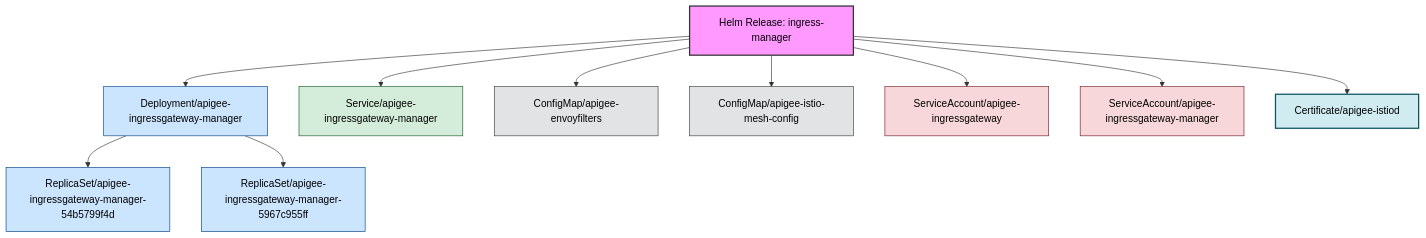
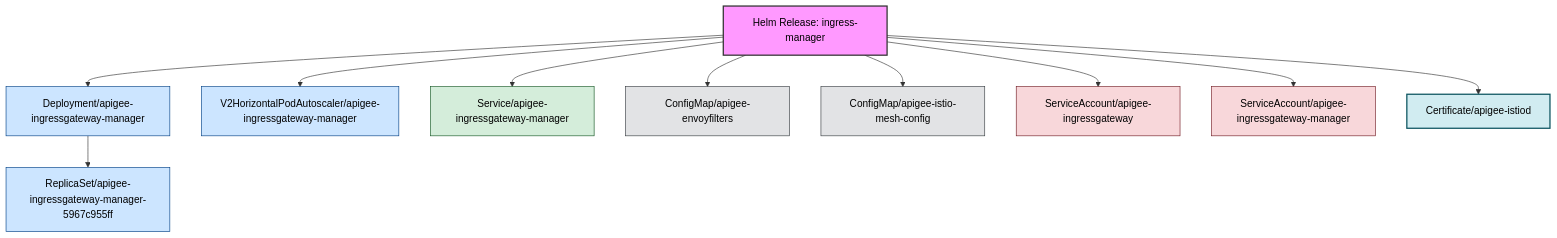
Before and after one commit to anaik91/apigee-hybrid-relationship-builder: the diagram in generated/apigee-ingress-manager-1.15.0-shallow-all.md, drawn with Mermaid. The commit also changed 51 other files, not shown here.

````diff
--- a/generated/apigee-ingress-manager-1.15.0-shallow-all.md
+++ b/generated/apigee-ingress-manager-1.15.0-shallow-all.md
@@ -11,44 +11,44 @@
 ```mermaid
 graph TD;
     classDef helm fill:#f9f,stroke:#333,stroke-width:2px,color:#000
     classDef workload fill:#cce5ff,stroke:#004085,stroke-width:1px,color:#000
     classDef network fill:#d4edda,stroke:#155724,stroke-width:1px,color:#000
     classDef config fill:#e2e3e5,stroke:#383d41,stroke-width:1px,color:#000
     classDef rbac fill:#f8d7da,stroke:#721c24,stroke-width:1px,color:#000
     classDef apigee_crd fill:#fff3cd,stroke:#856404,stroke-width:2px,color:#000
     classDef cert_manager_crd fill:#d1ecf1,stroke:#0c5460,stroke-width:2px,color:#000
     classDef webhook fill:#ddd,stroke:#333,stroke-width:2px,color:#000
     classDef default fill:#fff,stroke:#333,stroke-width:1px,color:#000
 
     Deploymentapigeeingressgatewaymanager["Deployment/apigee-ingressgateway-manager"]
-    ReplicaSetapigeeingressgatewaymanager54b5799f4d["ReplicaSet/apigee-ingressgateway-manager-54b5799f4d"]
     ReplicaSetapigeeingressgatewaymanager5967c955ff["ReplicaSet/apigee-ingressgateway-manager-5967c955ff"]
     HelmReleaseingressmanager["Helm Release: ingress-manager"]
+    V2HorizontalPodAutoscalerapigeeingressgatewaymanager["V2HorizontalPodAutoscaler/apigee-ingressgateway-manager"]
     Serviceapigeeingressgatewaymanager["Service/apigee-ingressgateway-manager"]
     ConfigMapapigeeenvoyfilters["ConfigMap/apigee-envoyfilters"]
     ConfigMapapigeeistiomeshconfig["ConfigMap/apigee-istio-mesh-config"]
     ServiceAccountapigeeingressgateway["ServiceAccount/apigee-ingressgateway"]
     ServiceAccountapigeeingressgatewaymanager["ServiceAccount/apigee-ingressgateway-manager"]
     Certificateapigeeistiod["Certificate/apigee-istiod"]
 
     class Deploymentapigeeingressgatewaymanager workload;
-    class ReplicaSetapigeeingressgatewaymanager54b5799f4d workload;
     class ReplicaSetapigeeingressgatewaymanager5967c955ff workload;
     class HelmReleaseingressmanager helm;
+    class V2HorizontalPodAutoscalerapigeeingressgatewaymanager workload;
     class Serviceapigeeingressgatewaymanager network;
     class ConfigMapapigeeenvoyfilters config;
     class ConfigMapapigeeistiomeshconfig config;
     class ServiceAccountapigeeingressgateway rbac;
     class ServiceAccountapigeeingressgatewaymanager rbac;
     class Certificateapigeeistiod cert_manager_crd;
 
-    Deploymentapigeeingressgatewaymanager --> ReplicaSetapigeeingressgatewaymanager54b5799f4d
     Deploymentapigeeingressgatewaymanager --> ReplicaSetapigeeingressgatewaymanager5967c955ff
     HelmReleaseingressmanager --> Deploymentapigeeingressgatewaymanager
+    HelmReleaseingressmanager --> V2HorizontalPodAutoscalerapigeeingressgatewaymanager
     HelmReleaseingressmanager --> Serviceapigeeingressgatewaymanager
     HelmReleaseingressmanager --> ConfigMapapigeeenvoyfilters
     HelmReleaseingressmanager --> ConfigMapapigeeistiomeshconfig
     HelmReleaseingressmanager --> ServiceAccountapigeeingressgateway
     HelmReleaseingressmanager --> ServiceAccountapigeeingressgatewaymanager
     HelmReleaseingressmanager --> Certificateapigeeistiod
 ```
````
